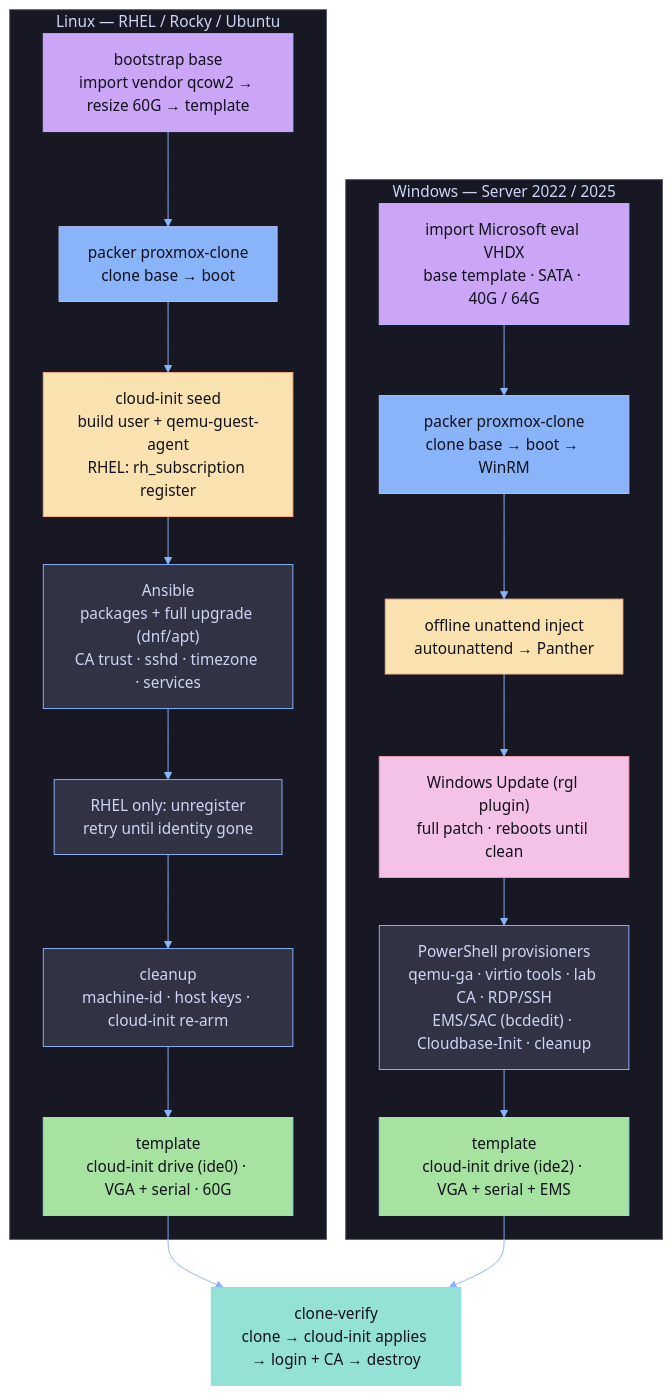
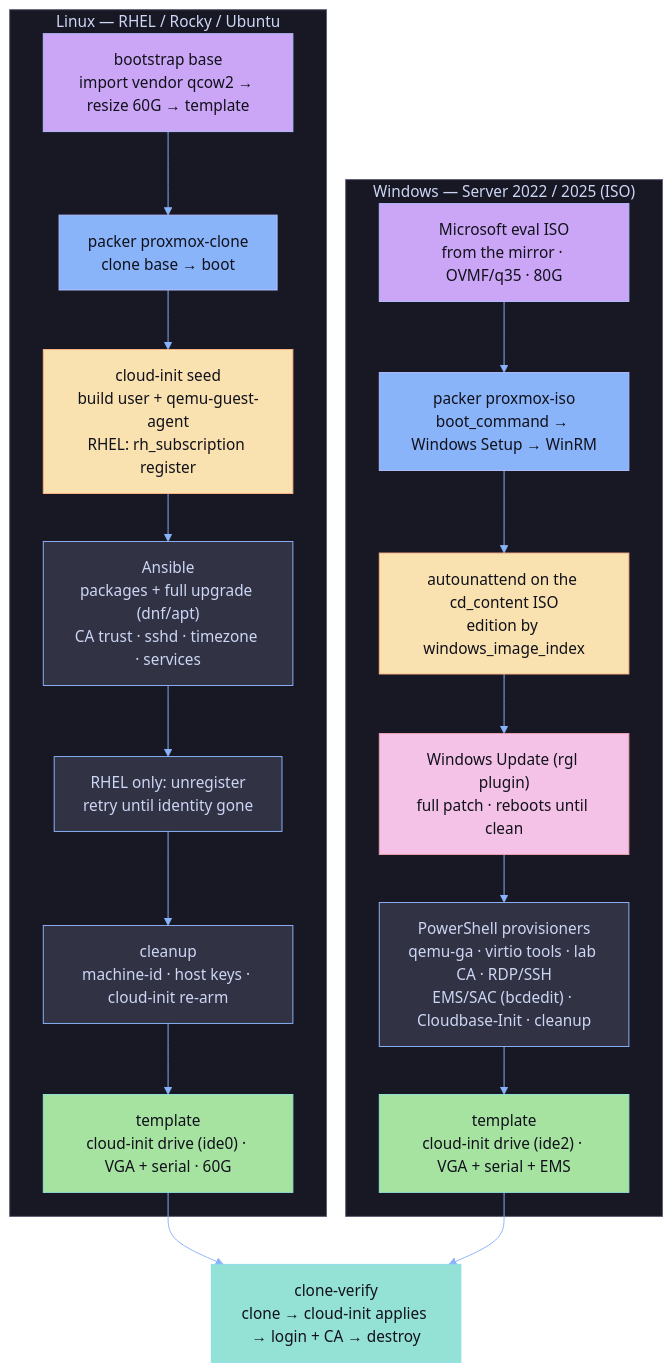
The second of 2 diagrams in README.md (dewab-org/homelab-packer), drawn with Mermaid before and after one commit. The commit also changed other lines of this file and 20 other files, not shown here.

First line of the commit message:
feat(packer): retire the Windows VHD cloud path; build at a scratch VMID and swap on success

````diff
--- a/README.md
+++ b/README.md
@@ -269,36 +273,36 @@
 ```mermaid
 %%{init: {"theme":"base","themeVariables":{"primaryColor":"#313244","primaryTextColor":"#cdd6f4","primaryBorderColor":"#89b4fa","lineColor":"#89b4fa","fontFamily":"ui-monospace, SFMono-Regular, monospace","clusterBkg":"#181825","clusterBorder":"#585b70","titleColor":"#cdd6f4","edgeLabelBackground":"#11111b"}}}%%
 flowchart TD
   subgraph linux["Linux — RHEL / Rocky / Ubuntu"]
     lb["bootstrap base<br/>import vendor qcow2 → resize 60G → template"]:::base
     lc["packer proxmox-clone<br/>clone base → boot"]:::clone
     ls["cloud-init seed<br/>build user + qemu-guest-agent<br/>RHEL: rh_subscription register"]:::seed
     la["Ansible<br/>packages + full upgrade (dnf/apt)<br/>CA trust · sshd · timezone · services"]:::prov
     lu["RHEL only: unregister<br/>retry until identity gone"]:::prov
     lx["cleanup<br/>machine-id · host keys · cloud-init re-arm"]:::prov
     lt["template<br/>cloud-init drive (ide0) · VGA + serial · 60G"]:::tmpl
     lb --> lc --> ls --> la --> lu --> lx --> lt
   end
 
-  subgraph win["Windows — Server 2022 / 2025"]
-    wb["import Microsoft eval VHDX<br/>base template · SATA · 40G / 64G"]:::base
-    wc["packer proxmox-clone<br/>clone base → boot → WinRM"]:::clone
-    wo["offline unattend inject<br/>autounattend → Panther"]:::seed
+  subgraph win["Windows — Server 2022 / 2025 (ISO)"]
+    wb["Microsoft eval ISO<br/>from the mirror · OVMF/q35 · 80G"]:::base
+    wc["packer proxmox-iso<br/>boot_command → Windows Setup → WinRM"]:::clone
+    wo["autounattend on the cd_content ISO<br/>edition by windows_image_index"]:::seed
     wu["Windows Update (rgl plugin)<br/>full patch · reboots until clean"]:::update
     wp["PowerShell provisioners<br/>qemu-ga · virtio tools · lab CA · RDP/SSH<br/>EMS/SAC (bcdedit) · Cloudbase-Init · cleanup"]:::prov
     wt["template<br/>cloud-init drive (ide2) · VGA + serial + EMS"]:::tmpl
     wb --> wc --> wo --> wu --> wp --> wt
   end
 
   cv["clone-verify<br/>clone → cloud-init applies → login + CA → destroy"]:::verify
   lt --> cv
   wt --> cv
 
   classDef base fill:#cba6f7,color:#11111b,stroke:#b4befe;
   classDef clone fill:#89b4fa,color:#11111b,stroke:#b4befe;
   classDef seed fill:#f9e2af,color:#11111b,stroke:#fab387;
   classDef prov fill:#313244,color:#cdd6f4,stroke:#89b4fa;
   classDef tmpl fill:#a6e3a1,color:#11111b,stroke:#94e2d5;
   classDef verify fill:#94e2d5,color:#11111b,stroke:#89dceb;
   classDef update fill:#f5c2e7,color:#11111b,stroke:#eba0ac;
 ```
````
